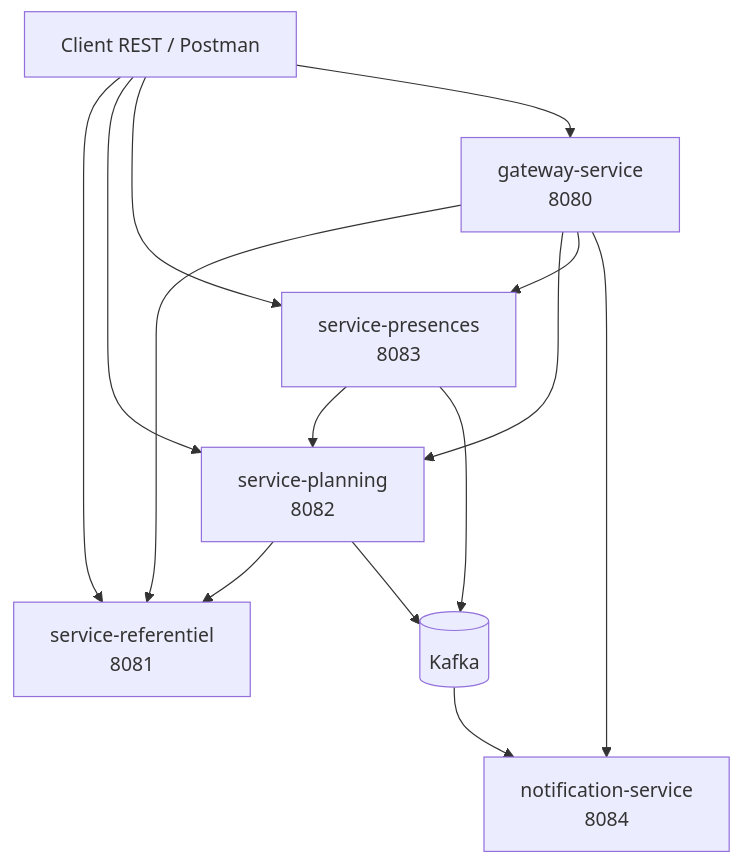
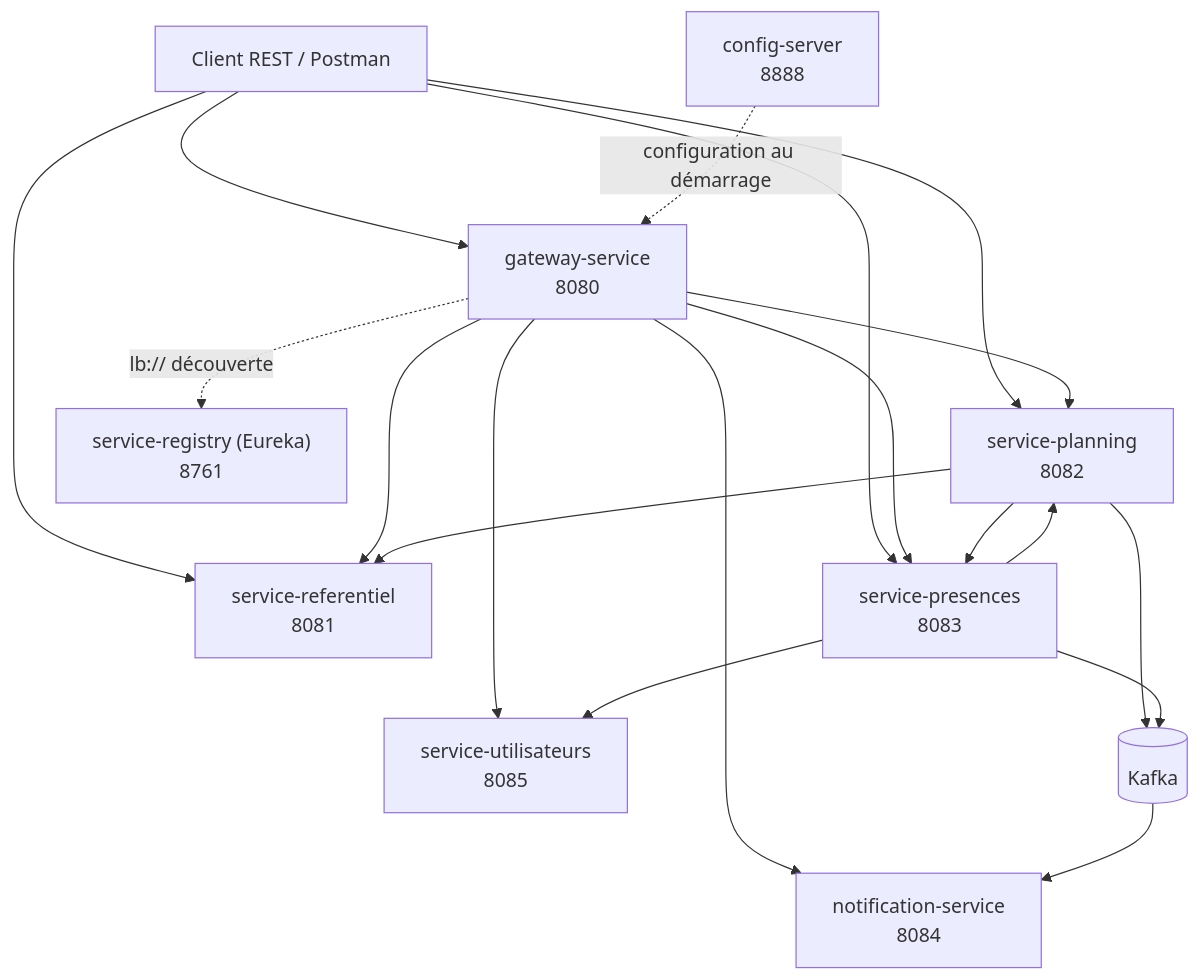
One commit to oussamaboukenze/Planif-Scolaire changed the second of 2 diagrams in README.md. Above: the diagram before and after it, drawn with Mermaid. The commit also changed other lines of this file and 98 other files, not shown here.

````diff
--- a/README.md
+++ b/README.md
@@ -100,23 +103,31 @@
 ```mermaid
 flowchart TB
     Client["Client REST / Postman"]
     Referentiel["service-referentiel<br/>8081"]
     Planning["service-planning<br/>8082"]
     Presences["service-presences<br/>8083"]
     Notifications["notification-service<br/>8084"]
+    Utilisateurs["service-utilisateurs<br/>8085"]
+    Eureka["service-registry (Eureka)<br/>8761"]
+    Config["config-server<br/>8888"]
     Gateway["gateway-service<br/>8080"]
     Kafka[("Kafka")]
     Client --> Referentiel
     Client --> Planning
     Client --> Presences
     Client --> Gateway
     Gateway --> Referentiel
     Gateway --> Planning
     Gateway --> Presences
     Gateway --> Notifications
+    Gateway --> Utilisateurs
+    Gateway -.->|lb:// découverte| Eureka
+    Presences --> Utilisateurs
+    Planning --> Presences
+    Config -.->|configuration au démarrage| Gateway
     Planning --> Referentiel
     Presences --> Planning
     Planning --> Kafka
     Presences --> Kafka
     Kafka --> Notifications
 ```
````
